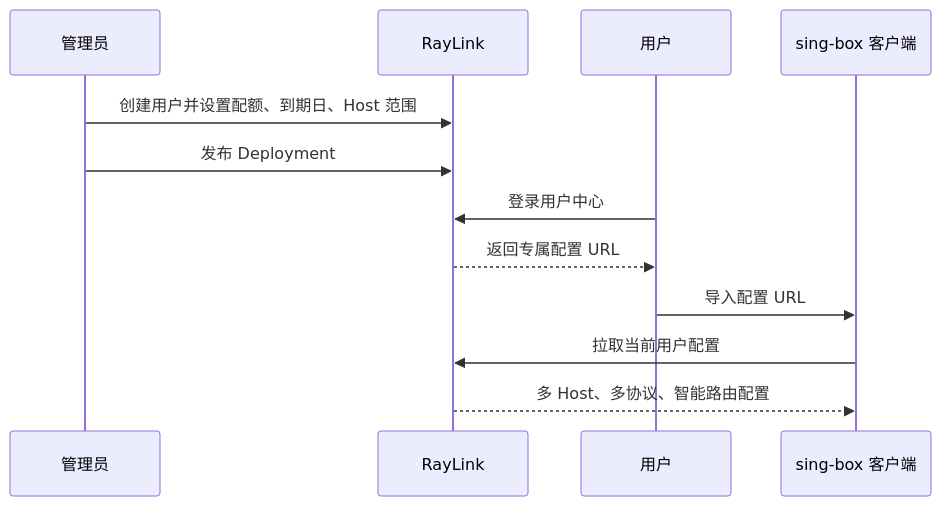
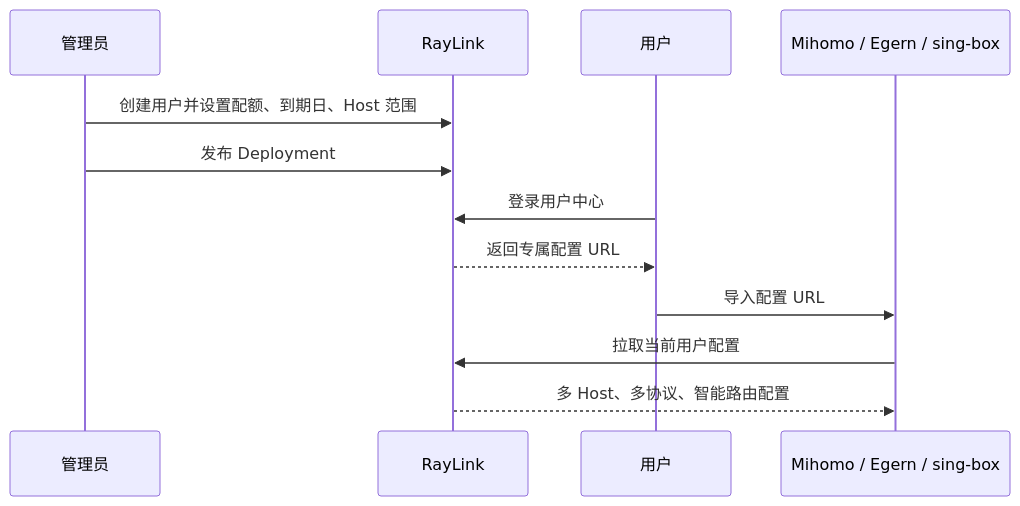
Before and after one commit to Zanetach/RayLink: the second of 2 diagrams in README.md, drawn with Mermaid. The commit also changed other lines of this file and 13 other files, not shown here.

````diff
--- a/README.md
+++ b/README.md
@@ -140,15 +140,15 @@
 ```mermaid
 sequenceDiagram
   participant A as 管理员
   participant R as RayLink
   participant U as 用户
-  participant C as sing-box 客户端
+  participant C as Mihomo / Egern / sing-box
 
   A->>R: 创建用户并设置配额、到期日、Host 范围
   A->>R: 发布 Deployment
   U->>R: 登录用户中心
   R-->>U: 返回专属配置 URL
   U->>C: 导入配置 URL
   C->>R: 拉取当前用户配置
   R-->>C: 多 Host、多协议、智能路由配置
 ```
````
